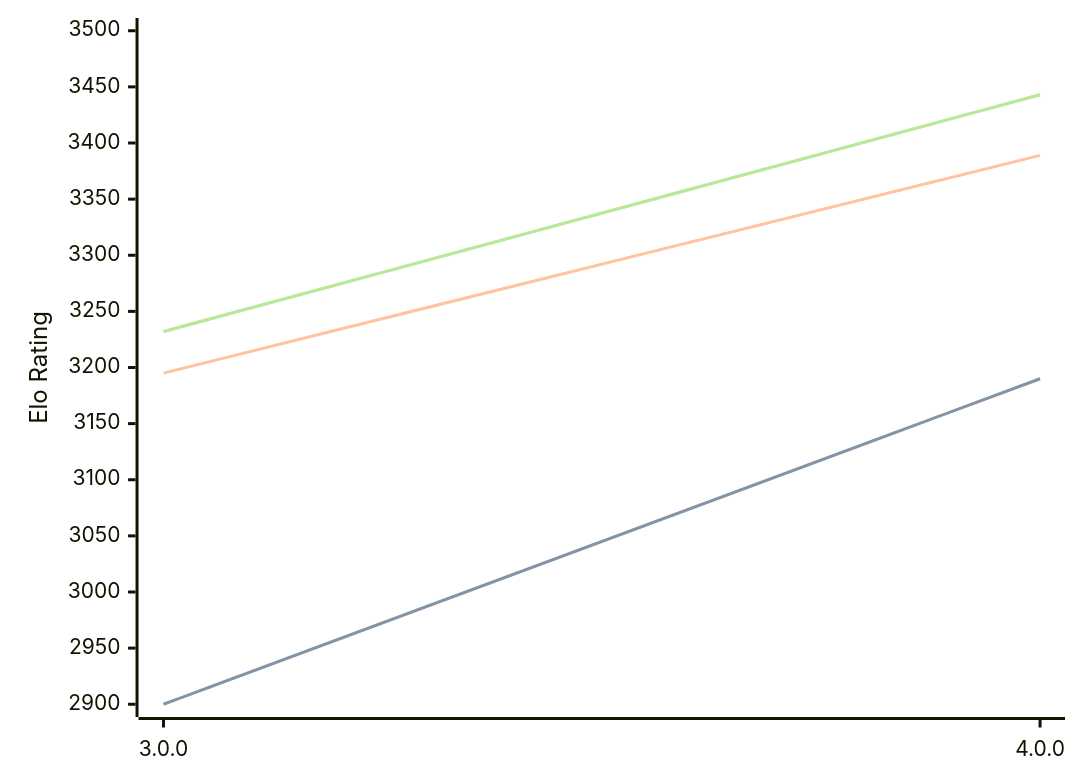
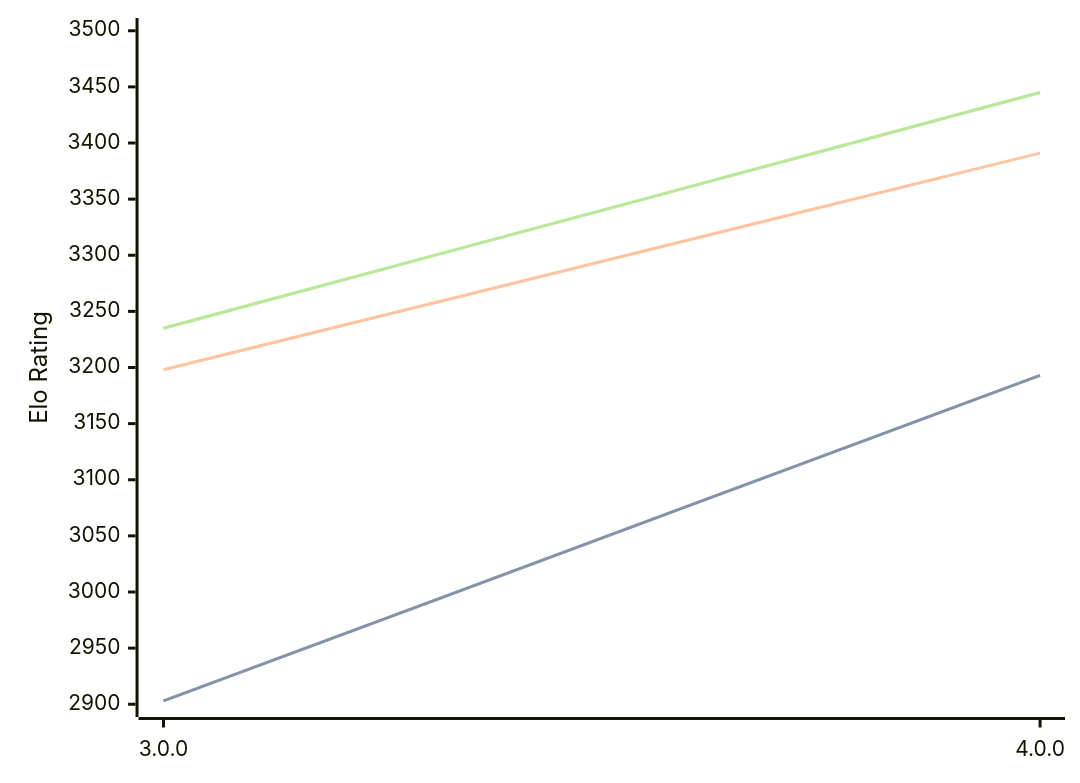
One commit to computer-chess-index/cci changed the diagram in engines/Avalanche.md. Above: the diagram before and after it, drawn with Mermaid. The commit also changed other lines of this file, not shown here.

Commit message:
Update CCI Ratings (ELO VLTC) - 2026-09-24

````diff
--- a/engines/Avalanche.md
+++ b/engines/Avalanche.md
@@ -32,11 +32,11 @@
 ```mermaid
 %%{init: {"theme":"base","themeVariables":{"seriesColors:['#a3a3a3','#222221','#faa371']}}}%%
 xychart-beta
   x-axis ["3.0.0", "4.0.0"]
   y-axis "Elo Rating" 2900 --> 3500
-  line "" [2900, 3190]
-  line "STC (8.0+0.08s)" [2900, 3190]
-  line "LTC (60.0+0.60s)" [3195, 3389]
-  line "" [3232, 3443]
-  line "VLTC (2m24s+1.12s)" [3232, 3443]
+  line "" [2903, 3193]
+  line "STC (8.0+0.08s)" [2903, 3193]
+  line "LTC (60.0+0.60s)" [3198, 3391]
+  line "" [3235, 3445]
+  line "VLTC (2m24s+1.12s)" [3235, 3445]
 ```
````
